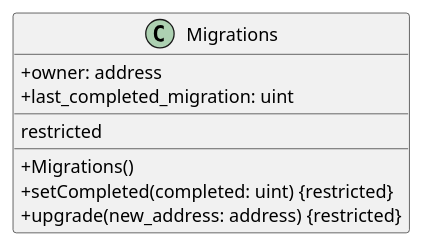
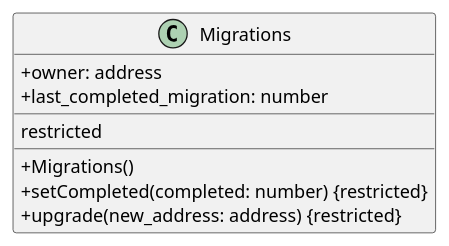
The diagram in web3function/file/Migrations.iuml (M9k/Marvin-Uml), drawn with PlantUML before and after one commit. The commit also changed 13 other files, not shown here.

```diff
--- a/web3function/file/Migrations.iuml
+++ b/web3function/file/Migrations.iuml
@@ -1,14 +1,14 @@
 @startuml
 skinparam classAttributeIconSize 0
 class Migrations {
 + owner: address
-+ last_completed_migration: uint
++ last_completed_migration: number
 __
 restricted
 __
 + Migrations()
-+ setCompleted(completed: uint) {restricted}
++ setCompleted(completed: number) {restricted}
 + upgrade(new_address: address) {restricted}
 }
 
 @enduml
```
